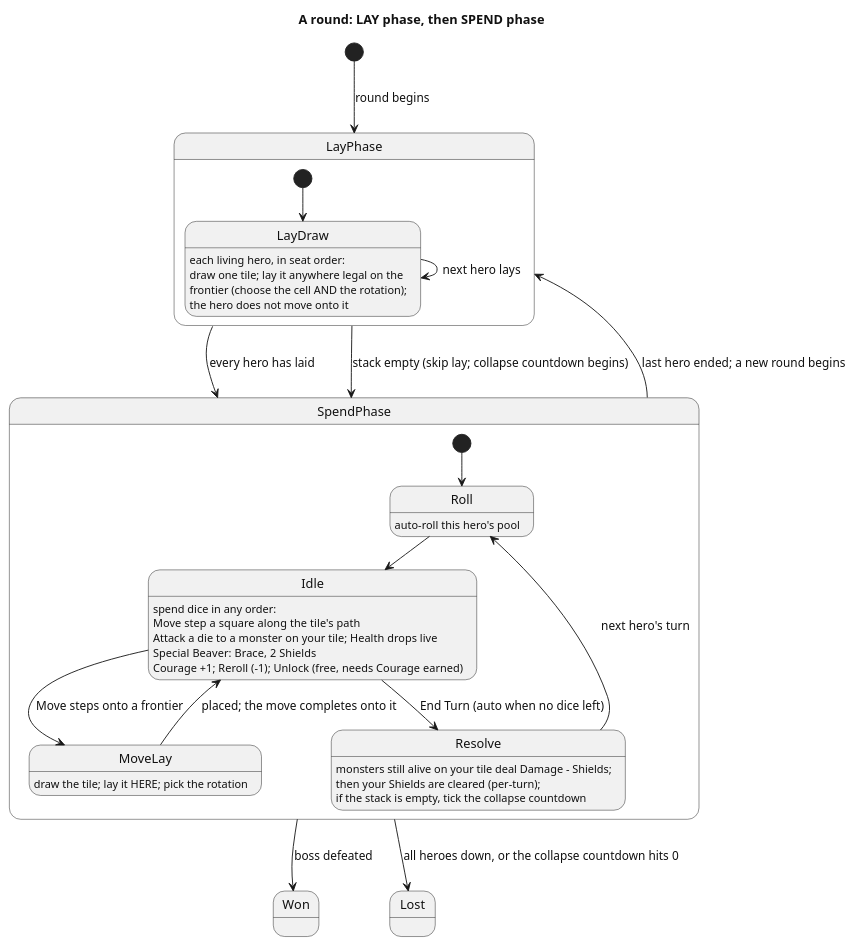
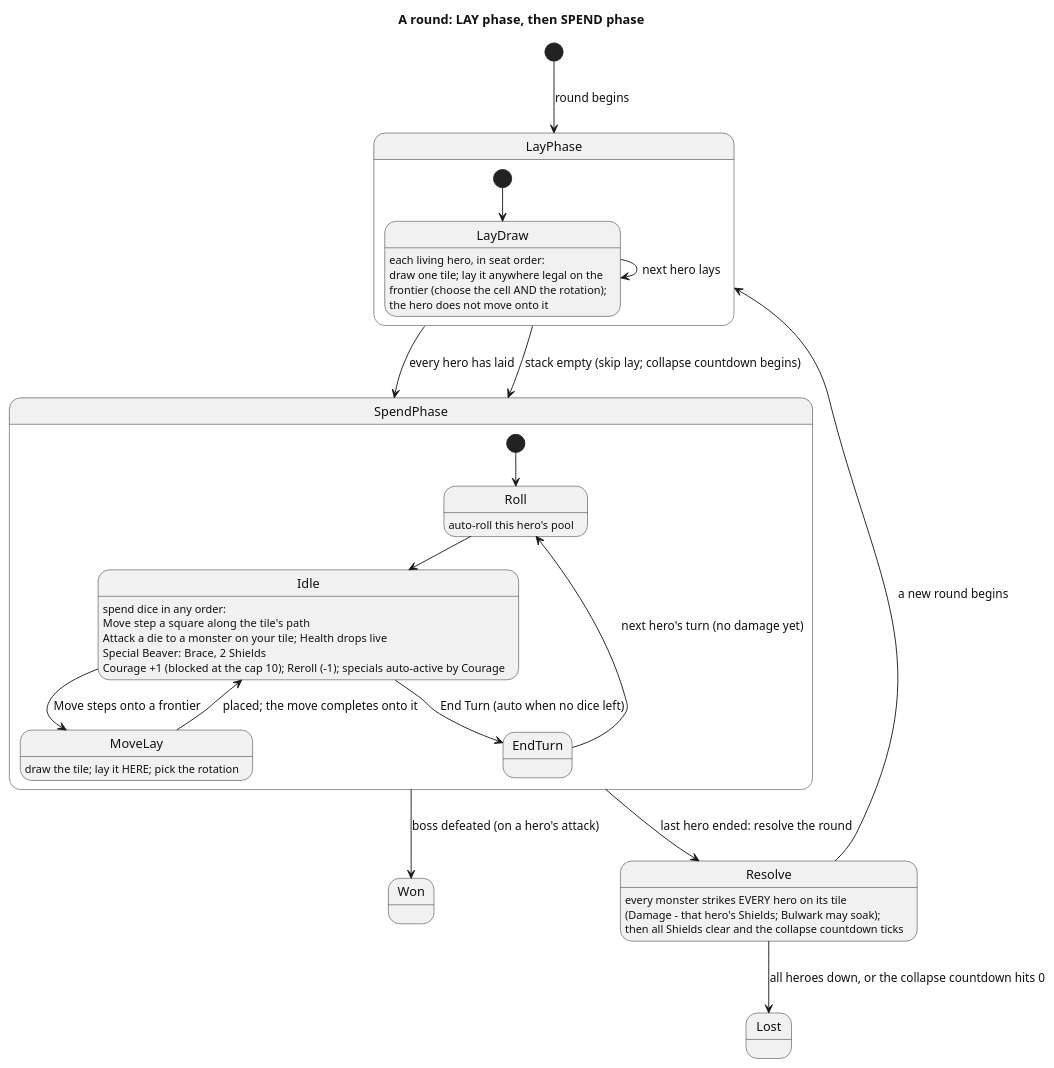
The third of 5 diagrams in docs/crawler-architecture.md (Niklasvdm/TotemAppIT), drawn with PlantUML before and after one commit. The commit also changed other lines of this file and 37 other files, not shown here.

````diff
--- a/docs/crawler-architecture.md
+++ b/docs/crawler-architecture.md
@@ -221,42 +232,43 @@
 ```plantuml
 @startuml crawler-round
 title A round: LAY phase, then SPEND phase
 skinparam shadowing false
 skinparam backgroundColor #FFFFFF
 skinparam monochrome true
 skinparam defaultFontColor #111111
 
 [*] --> LayPhase : round begins
 
 state LayPhase {
   [*] --> LayDraw
   LayDraw : each living hero, in seat order:
   LayDraw : draw one tile; lay it anywhere legal on the
   LayDraw : frontier (choose the cell AND the rotation);
   LayDraw : the hero does not move onto it
   LayDraw --> LayDraw : next hero lays
 }
 LayPhase --> SpendPhase : every hero has laid
 LayPhase --> SpendPhase : stack empty (skip lay; collapse countdown begins)
 
 state SpendPhase {
   [*] --> Roll
   Roll : auto-roll this hero's pool
   Roll --> Idle
   Idle : spend dice in any order:
   Idle : Move  step a square along the tile's path
   Idle : Attack  a die to a monster on your tile; Health drops live
   Idle : Special  Beaver: Brace, 2 Shields
-  Idle : Courage  +1; Reroll (-1); Unlock (free, needs Courage earned)
+  Idle : Courage  +1 (blocked at the cap 10); Reroll (-1); specials auto-active by Courage
   Idle --> MoveLay : Move steps onto a frontier
   MoveLay : draw the tile; lay it HERE; pick the rotation
   MoveLay --> Idle : placed; the move completes onto it
-  Idle --> Resolve : End Turn (auto when no dice left)
-  Resolve : monsters still alive on your tile deal Damage - Shields;\nthen your Shields are cleared (per-turn);\nif the stack is empty, tick the collapse countdown
-  Resolve --> Roll : next hero's turn
+  Idle --> EndTurn : End Turn (auto when no dice left)
+  EndTurn --> Roll : next hero's turn (no damage yet)
 }
-SpendPhase --> LayPhase : last hero ended; a new round begins
-SpendPhase --> Won : boss defeated
-SpendPhase --> Lost : all heroes down, or the collapse countdown hits 0
+SpendPhase --> Resolve : last hero ended: resolve the round
+Resolve : every monster strikes EVERY hero on its tile\n(Damage - that hero's Shields; Bulwark may soak);\nthen all Shields clear and the collapse countdown ticks
+Resolve --> LayPhase : a new round begins
+Resolve --> Lost : all heroes down, or the collapse countdown hits 0
+SpendPhase --> Won : boss defeated (on a hero's attack)
 @enduml
 ```
````
